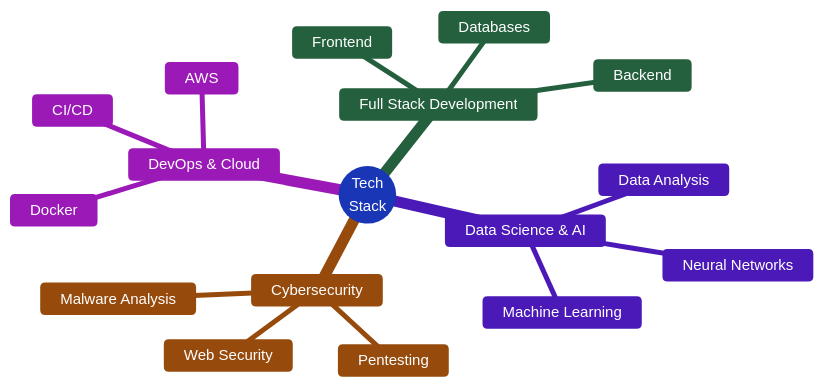
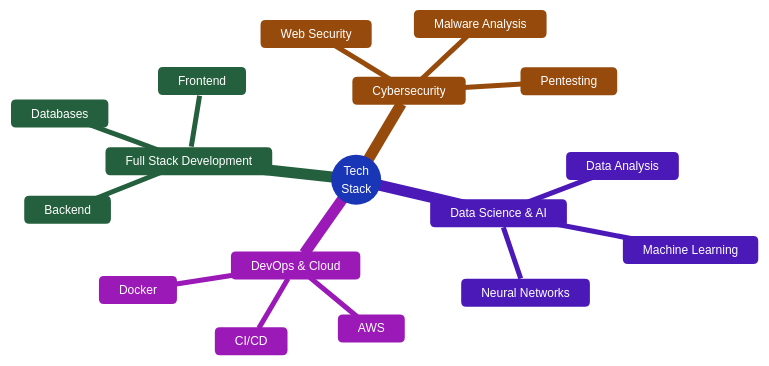
The diagram in README.md (devsebastian44/Devsebastian44), drawn with Mermaid before and after one commit.

Commit message:
Version 1

````diff
--- a/README.md
+++ b/README.md
@@ -75,21 +75,21 @@
 ```mermaid
-%%{init: {'theme':'base', 'themeVariables': { 'primaryColor':'#667EEA','primaryTextColor':'#FFF','primaryBorderColor':'#5A67D8','lineColor':'#4299E1','secondaryColor':'#48BB78','tertiaryColor':'#ED8936','quaternaryColor':'#9F7AEA','fontSize':'15px','fontFamily':'Aldrich, sans-serif'}}}%%
+%%{init: {'theme':'base', 'themeVariables': { 'primaryColor':'#667EEA','primaryTextColor':'#FFF','primaryBorderColor':'#5A67D8','lineColor':'#4299E1','secondaryColor':'#48BB78','tertiaryColor':'#ED8936','quaternaryColor':'#9F7AEA','fontSize':'12px','fontFamily':'Aldrich, sans-serif'}}}%%
 mindmap
   root((Tech<br/>Stack))
     Full Stack Development
       Frontend
       Backend
       Databases
     Cybersecurity
       Pentesting
       Malware Analysis
       Web Security
     Data Science & AI
       Machine Learning
       Data Analysis
       Neural Networks
     DevOps & Cloud
       Docker
       AWS
       CI/CD
 ```
````
